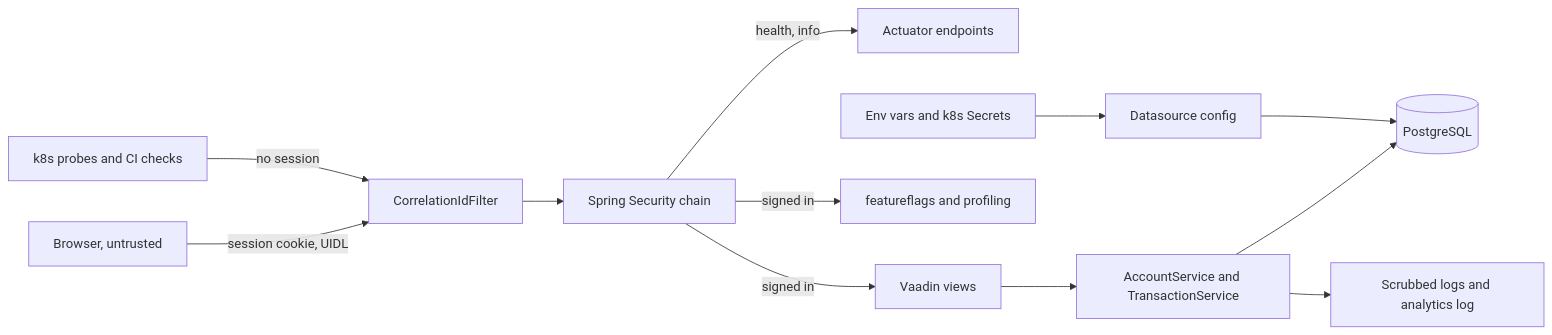
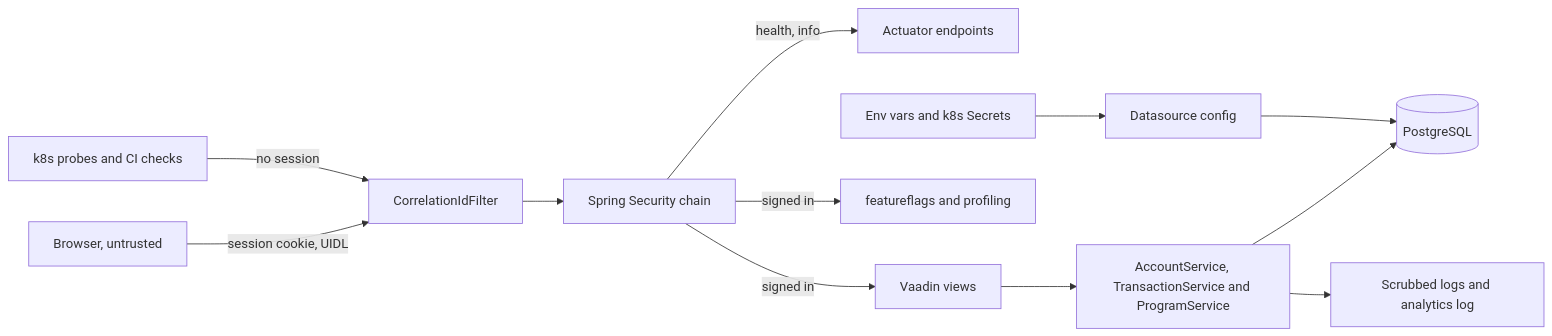
One commit to factory-aj-pahl/mockingbird-bank changed the diagram in droid-wiki/security.md. Above: the diagram before and after it, drawn with Mermaid. The commit also changed other lines of this file and 78 other files, not shown here.

````diff
--- a/droid-wiki/security.md
+++ b/droid-wiki/security.md
@@ -9,14 +9,14 @@
 ```mermaid
 graph LR
     Browser[Browser, untrusted] -->|session cookie, UIDL| Filter[CorrelationIdFilter]
     Probe[k8s probes and CI checks] -->|no session| Filter
     Filter --> Chain[Spring Security chain]
     Chain -->|health, info| Actuator[Actuator endpoints]
     Chain -->|signed in| Views[Vaadin views]
     Chain -->|signed in| OpsEndpoints[featureflags and profiling]
-    Views --> Services[AccountService and TransactionService]
+    Views --> Services[AccountService, TransactionService and ProgramService]
     Services --> DB[(PostgreSQL)]
     Services --> Logs[Scrubbed logs and analytics log]
     Secrets[Env vars and k8s Secrets] --> App[Datasource config]
     App --> DB
 ```
````
